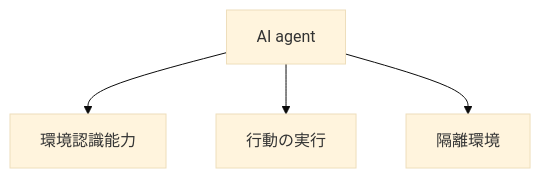
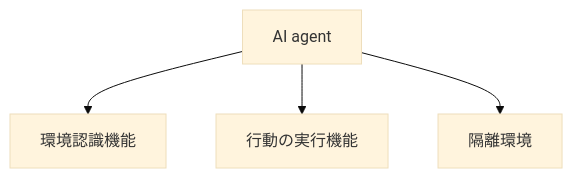
One commit to SparklingDetergent/doc_genai_Proposal_for_introducing_generative_AI_with_emphasis_on_safety changed diagram 11 of 12 in README.md. Above: the diagram before and after it, drawn with Mermaid (base theme). The commit also changed other lines of this file, not shown here.

````diff
--- a/README.md
+++ b/README.md
@@ -373,6 +385,6 @@
 ```mermaid
 graph TD;
-    A[AI agent] --> B[環境認識能力];
-    A --> C[行動の実行];
+    A[AI agent] --> B[環境認識機能];
+    A --> C[行動の実行機能];
     A --> D[隔離環境];
 ```
````
